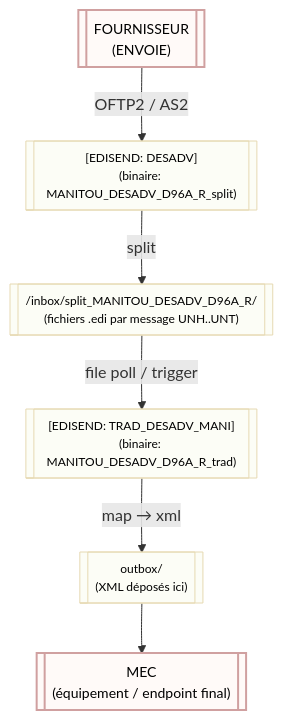
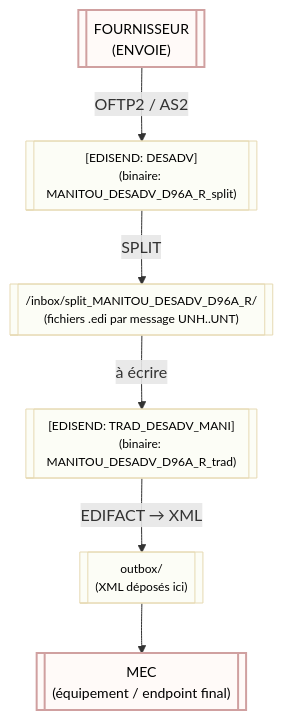
Before and after one commit to HMaPredell/visuel: the diagram in README.md, drawn with Mermaid.

````diff
--- a/README.md
+++ b/README.md
@@ -14,19 +14,19 @@
 ```mermaid
 flowchart TD
   %% Large blocks, vertical layout
   classDef bigBlock fill:#fffaf8,stroke:#d0a0a0,stroke-width:2px,color:#000,font-size:14px;
   classDef stepBlock fill:#fcfdf6,stroke:#e6d9b2,stroke-width:1px,color:#000,font-size:12px;
 
    FOURNISSEUR[["FOURNISSEUR<br/>(ENVOIE)<br/>"]]:::bigBlock
    EDISEND_SPLIT[["[EDISEND: DESADV]<br/>(binaire: MANITOU_DESADV_D96A_R_split)<br/>"]]:::stepBlock
   SPLIT_DIR[["/inbox/split_MANITOU_DESADV_D96A_R/<br/>(fichiers .edi par message UNH..UNT)"]]:::stepBlock
    EDISEND_TRAD[["[EDISEND: TRAD_DESADV_MANI]<br/>(binaire: MANITOU_DESADV_D96A_R_trad)<br/>"]]:::stepBlock
    OUTBOX[["outbox/<br/>(XML déposés ici)"]]:::stepBlock
    MEC[["MEC<br/>(équipement / endpoint final)"]]:::bigBlock
 
   FOURNISSEUR -->|OFTP2 / AS2| EDISEND_SPLIT
-  EDISEND_SPLIT -->|split| SPLIT_DIR
-  SPLIT_DIR -->|file poll / trigger| EDISEND_TRAD
-  EDISEND_TRAD -->|map → xml| OUTBOX
+  EDISEND_SPLIT -->|SPLIT| SPLIT_DIR
+  SPLIT_DIR -->|à écrire| EDISEND_TRAD
+  EDISEND_TRAD -->|EDIFACT → XML| OUTBOX
   OUTBOX --> MEC
 ```
````
